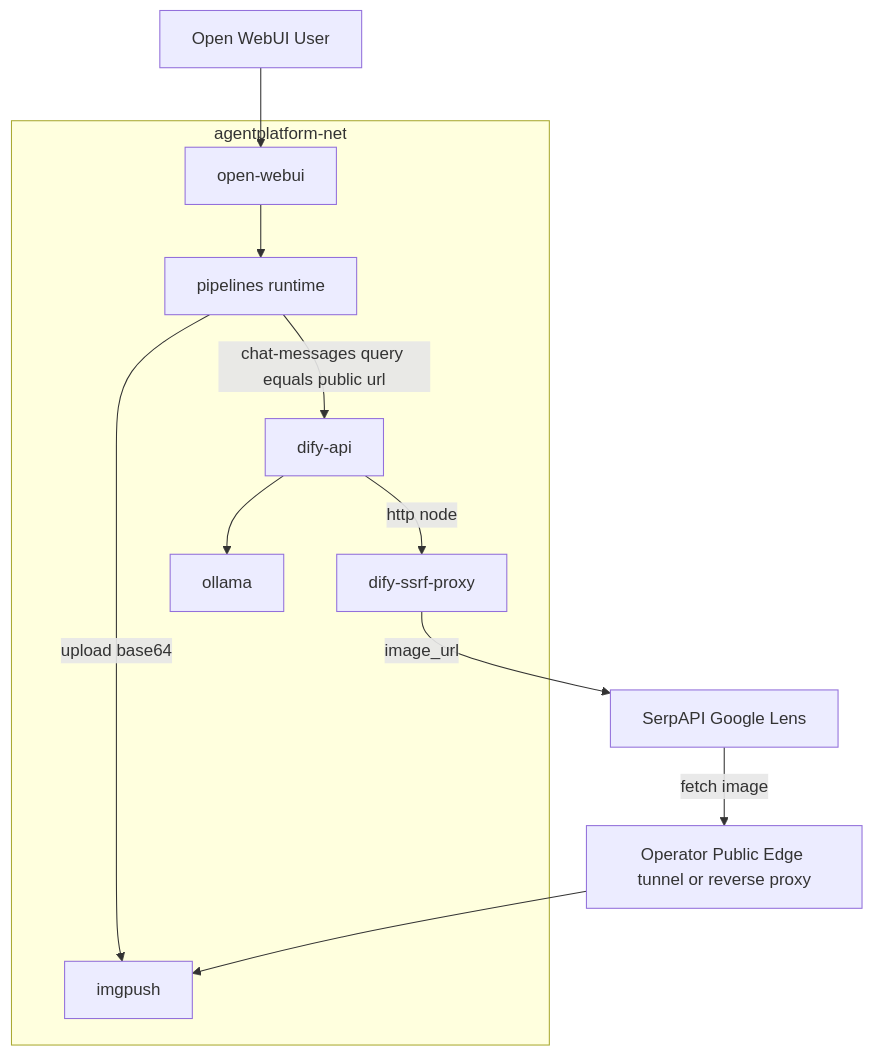
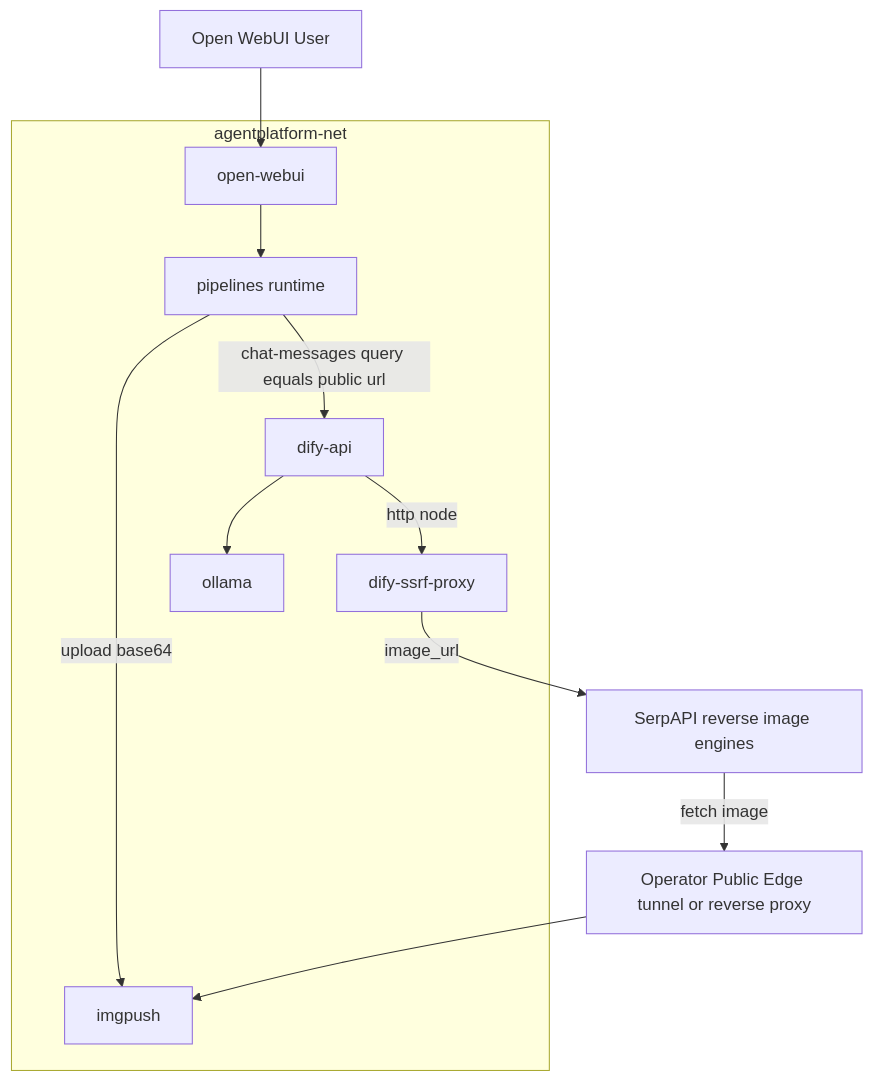
The first of 3 diagrams in .kiro/specs/reverse-image-search/design.md (beastmaniaxxx/AgentPlatform), drawn with Mermaid before and after one commit. The commit also changed other lines of this file and 1 other file, not shown here.

Commit message:
feat(reverse-image-search): enable engine selection for reverse image search via configuration

````diff
--- a/.kiro/specs/reverse-image-search/design.md
+++ b/.kiro/specs/reverse-image-search/design.md
@@ -63,24 +66,24 @@
 ```mermaid
 graph TB
     User[Open WebUI User]
     subgraph AgentPlatformNet[agentplatform-net]
         OpenWebUI[open-webui]
         Pipelines[pipelines runtime]
         Imgpush[imgpush]
         DifyApi[dify-api]
         DifySsrfProxy[dify-ssrf-proxy]
         Ollama[ollama]
     end
     PublicEdge[Operator Public Edge tunnel or reverse proxy]
-    SerpAPI[SerpAPI Google Lens]
+    SerpAPI[SerpAPI reverse image engines]
 
     User --> OpenWebUI
     OpenWebUI --> Pipelines
     Pipelines -->|upload base64| Imgpush
     Pipelines -->|chat-messages query equals public url| DifyApi
     DifyApi --> Ollama
     DifyApi -->|http node| DifySsrfProxy
     DifySsrfProxy -->|image_url| SerpAPI
     SerpAPI -->|fetch image| PublicEdge
     PublicEdge --> Imgpush
 ```
````
